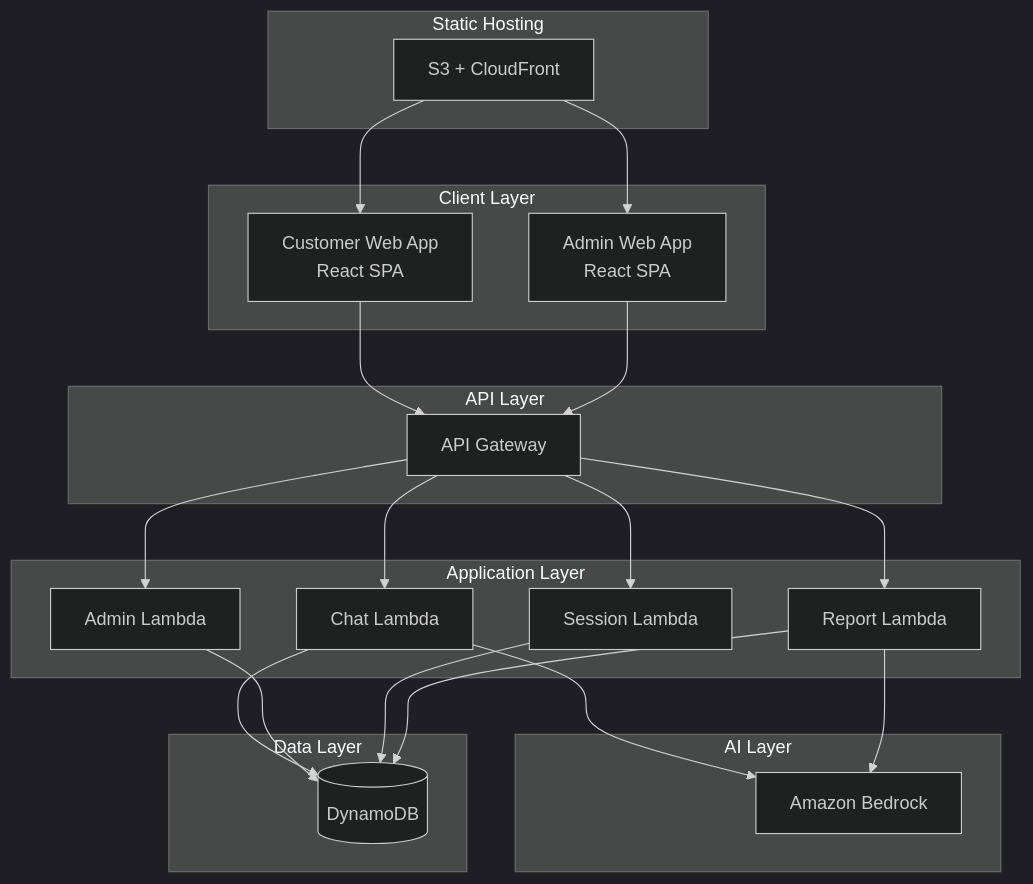
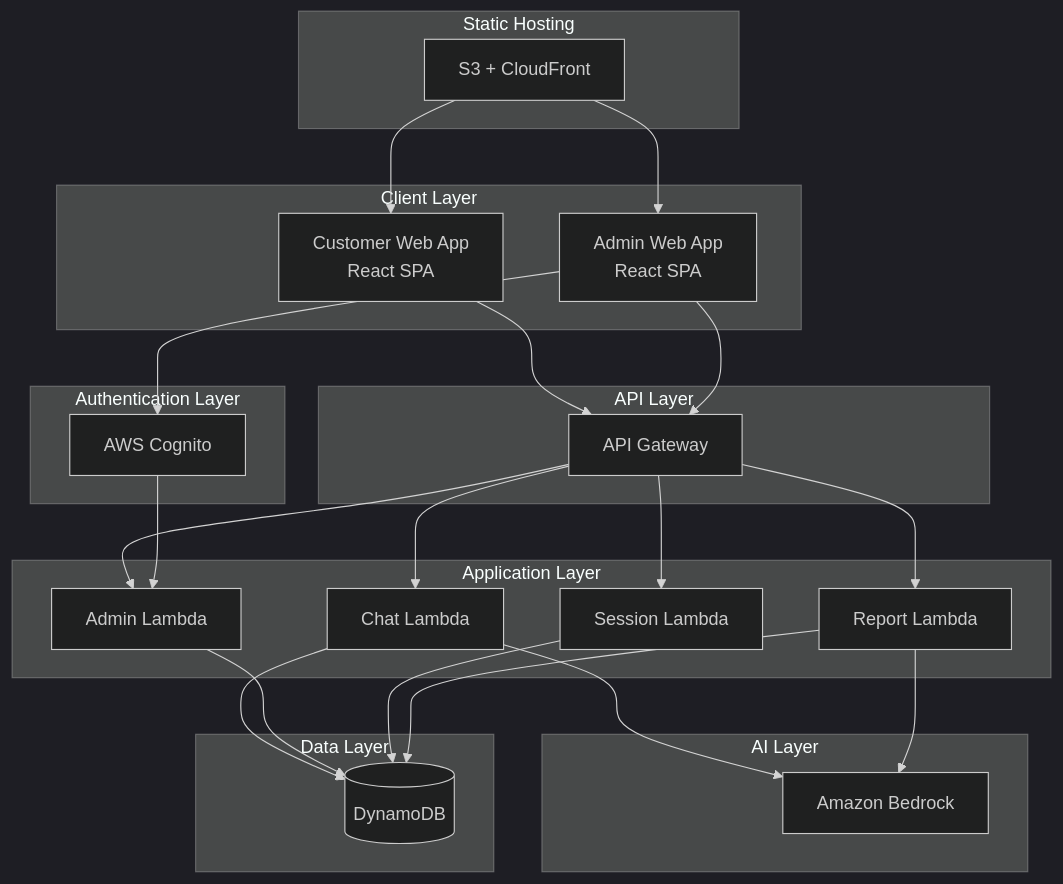
The diagram in .kiro/specs/mte-pre-consultation-chatbot/design.md (aws-samples/sample-prechat-ai), drawn with Mermaid (dark theme) before and after one commit. The commit also changed other lines of this file and 38 other files, not shown here.

````diff
--- a/.kiro/specs/mte-pre-consultation-chatbot/design.md
+++ b/.kiro/specs/mte-pre-consultation-chatbot/design.md
@@ -11,46 +11,52 @@
 ```mermaid
 graph TB
     subgraph "Client Layer"
         CW[Customer Web App<br/>React SPA]
         AW[Admin Web App<br/>React SPA]
     end
     
     subgraph "API Layer"
         AG[API Gateway]
     end
     
     subgraph "Application Layer"
         CL[Chat Lambda]
         AL[Admin Lambda]
         SL[Session Lambda]
         RL[Report Lambda]
     end
     
     subgraph "AI Layer"
         BR[Amazon Bedrock]
     end
     
+    subgraph "Authentication Layer"
+        COG[AWS Cognito]
+    end
+    
     subgraph "Data Layer"
         DB[(DynamoDB)]
     end
     
     subgraph "Static Hosting"
         S3[S3 + CloudFront]
     end
     
     CW --> AG
     AW --> AG
     AG --> CL
     AG --> AL
     AG --> SL
     AG --> RL
     CL --> BR
     CL --> DB
     AL --> DB
     SL --> DB
     RL --> DB
     RL --> BR
+    AW --> COG
+    COG --> AL
     
     S3 --> CW
     S3 --> AW
 ```
````
